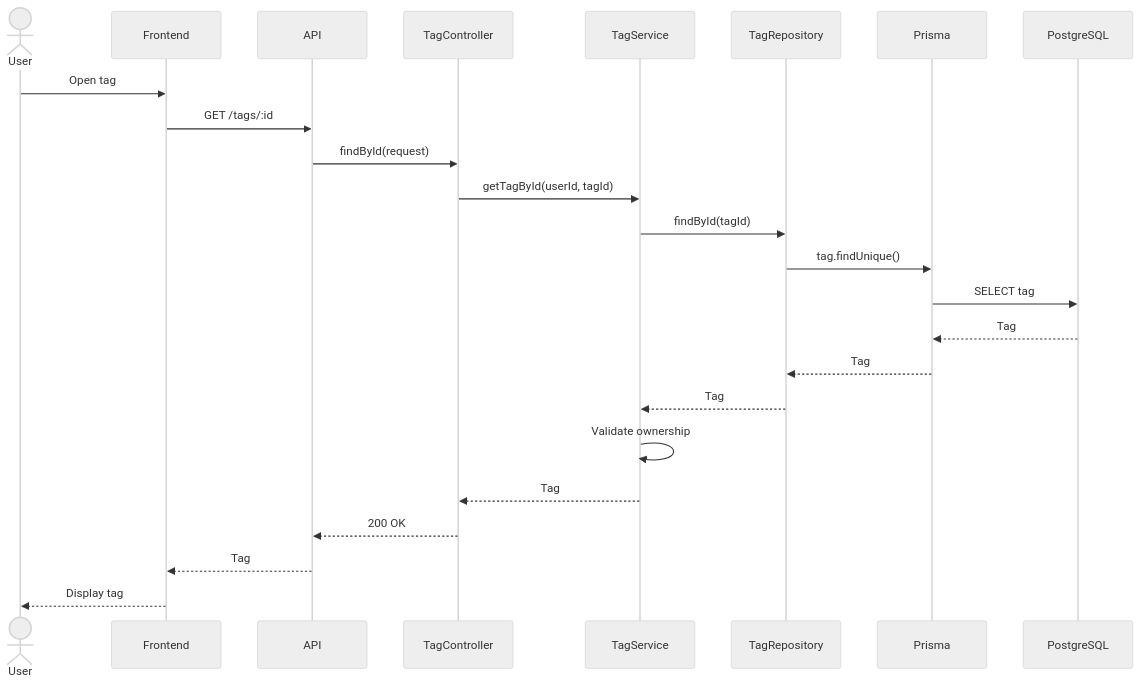
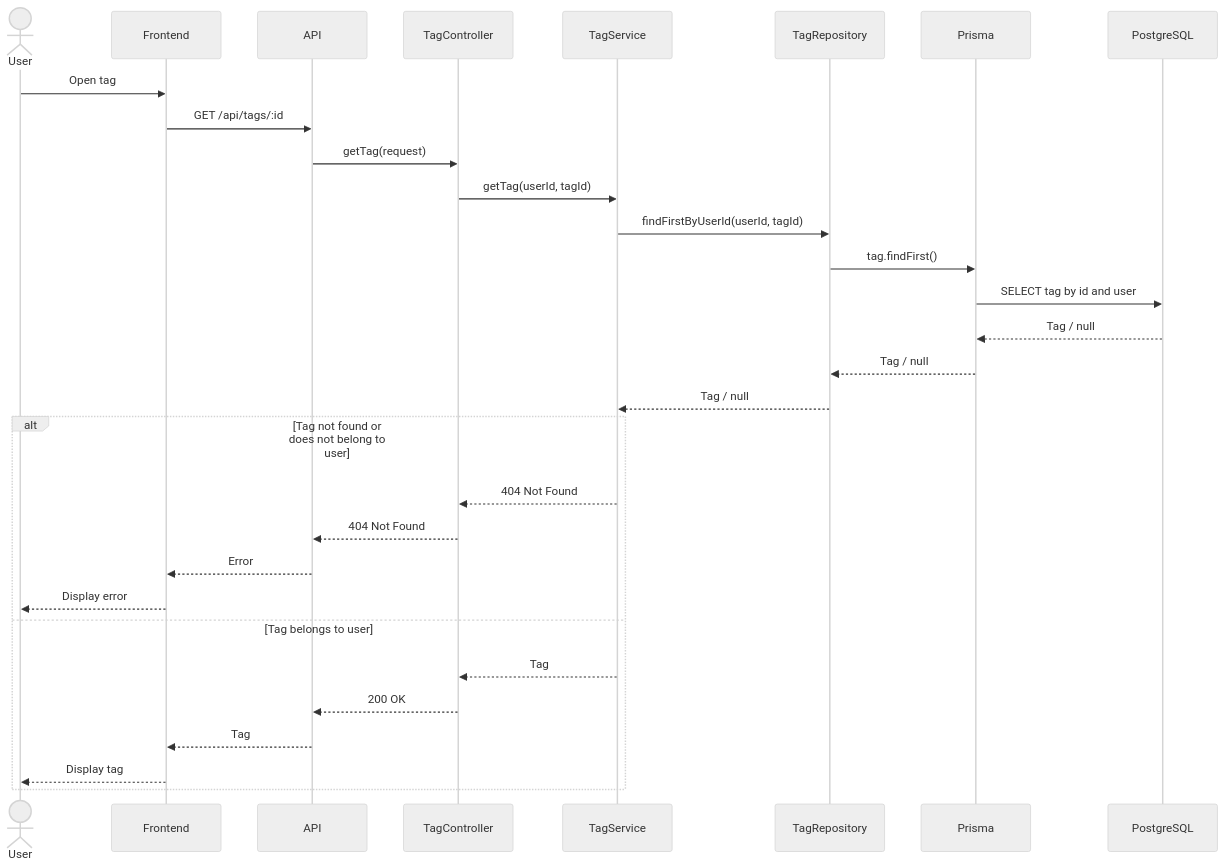
The second of 2 diagrams in docs/diagrams/sequence-diagrams/tag/get.md (davihenriquedev1/prodixus), drawn with Mermaid (neutral theme) before and after one commit. The commit also changed other lines of this file and 3 other files, not shown here.

Commit message:
docs(tag): update tag sequence diagrams

````diff
--- a/docs/diagrams/sequence-diagrams/tag/get.md
+++ b/docs/diagrams/sequence-diagrams/tag/get.md
@@ -55,49 +39,38 @@
 ```mermaid
 sequenceDiagram
 
     actor User
-
     participant Frontend
-
     participant API
-
     participant TagController
-
     participant TagService
-
     participant TagRepository
-
     participant Prisma
-
     participant PostgreSQL
 
     User->>Frontend: Open tag
 
-    Frontend->>API: GET /tags/:id
+    Frontend->>API: GET /api/tags/:id
+    API->>TagController: getTag(request)
 
-    API->>TagController: findById(request)
+    TagController->>TagService: getTag(userId, tagId)
 
-    TagController->>TagService: getTagById(userId, tagId)
+    TagService->>TagRepository: findFirstByUserId(userId, tagId)
+    TagRepository->>Prisma: tag.findFirst()
+    Prisma->>PostgreSQL: SELECT tag by id and user
+    PostgreSQL-->>Prisma: Tag / null
+    Prisma-->>TagRepository: Tag / null
+    TagRepository-->>TagService: Tag / null
 
-    TagService->>TagRepository: findById(tagId)
-
-    TagRepository->>Prisma: tag.findUnique()
-
-    Prisma->>PostgreSQL: SELECT tag
-
-    PostgreSQL-->>Prisma: Tag
-
-    Prisma-->>TagRepository: Tag
-
-    TagRepository-->>TagService: Tag
-
-    TagService->>TagService: Validate ownership
-
-    TagService-->>TagController: Tag
-
-    TagController-->>API: 200 OK
-
-    API-->>Frontend: Tag
-
-    Frontend-->>User: Display tag
+    alt Tag not found or does not belong to user
+        TagService-->>TagController: 404 Not Found
+        TagController-->>API: 404 Not Found
+        API-->>Frontend: Error
+        Frontend-->>User: Display error
+    else Tag belongs to user
+        TagService-->>TagController: Tag
+        TagController-->>API: 200 OK
+        API-->>Frontend: Tag
+        Frontend-->>User: Display tag
+    end
 ```
````
